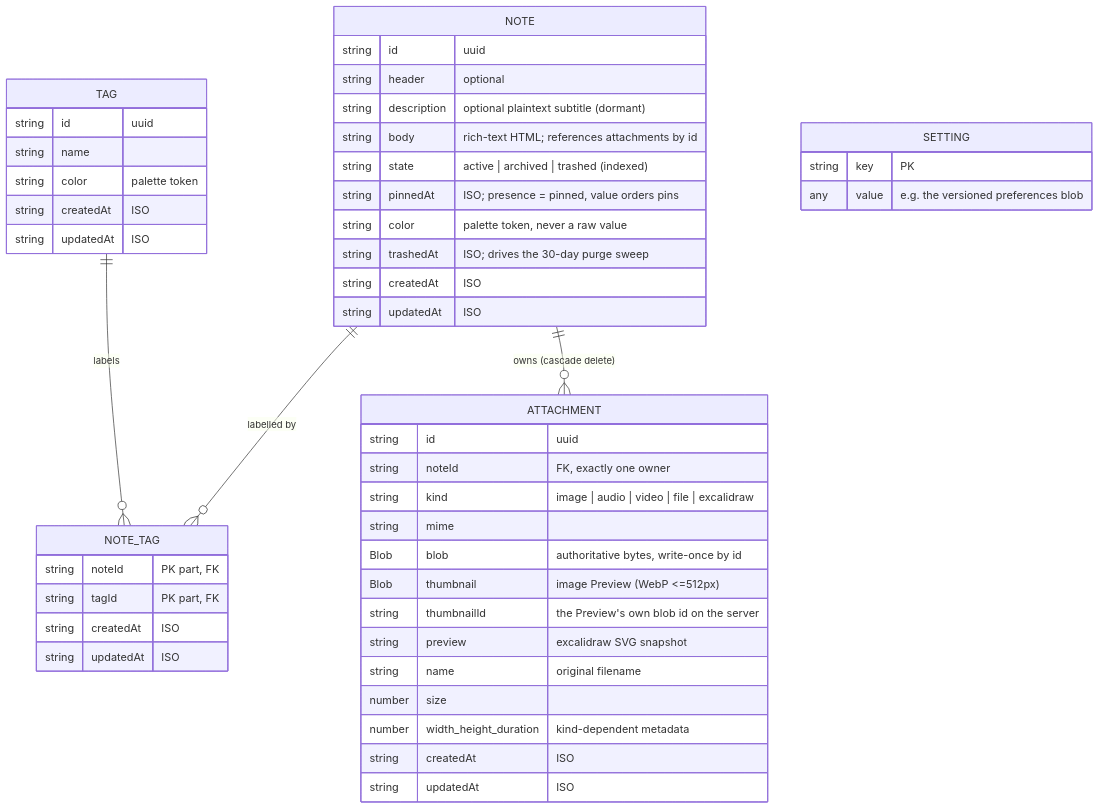
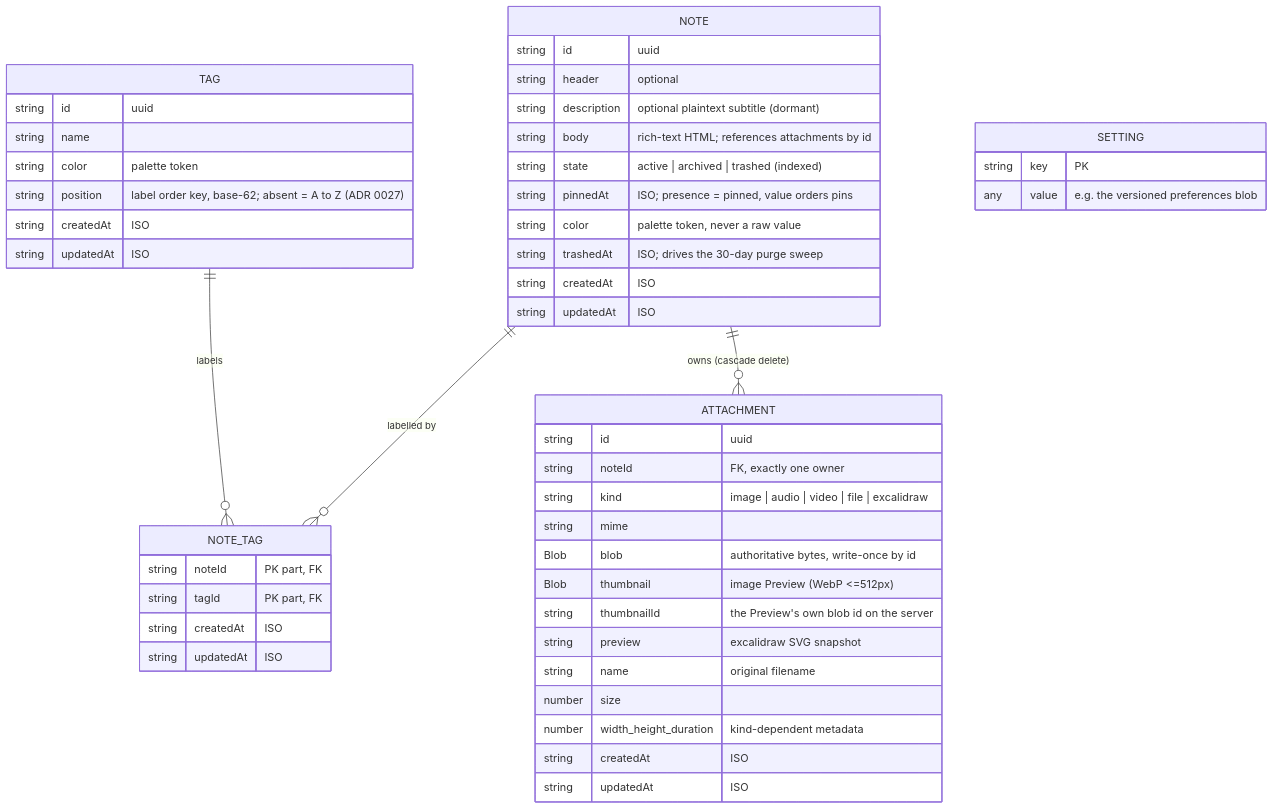
The diagram in docs/architecture/03-database.md (soukupj00/your-notes-fe), drawn with Mermaid before and after one commit. The commit also changed 8 other files, not shown here.

Commit message:
docs: label order (ADR 0027)

````diff
--- a/docs/architecture/03-database.md
+++ b/docs/architecture/03-database.md
@@ -13,50 +13,51 @@
 ```mermaid
 erDiagram
     NOTE ||--o{ NOTE_TAG : "labelled by"
     TAG ||--o{ NOTE_TAG : "labels"
     NOTE ||--o{ ATTACHMENT : "owns (cascade delete)"
     NOTE {
         string id "uuid"
         string header "optional"
         string description "optional plaintext subtitle (dormant)"
         string body "rich-text HTML; references attachments by id"
         string state "active | archived | trashed (indexed)"
         string pinnedAt "ISO; presence = pinned, value orders pins"
         string color "palette token, never a raw value"
         string trashedAt "ISO; drives the 30-day purge sweep"
         string createdAt "ISO"
         string updatedAt "ISO"
     }
     TAG {
         string id "uuid"
         string name
         string color "palette token"
+        string position "label order key, base-62; absent = A to Z (ADR 0027)"
         string createdAt "ISO"
         string updatedAt "ISO"
     }
     NOTE_TAG {
         string noteId "PK part, FK"
         string tagId "PK part, FK"
         string createdAt "ISO"
         string updatedAt "ISO"
     }
     ATTACHMENT {
         string id "uuid"
         string noteId "FK, exactly one owner"
         string kind "image | audio | video | file | excalidraw"
         string mime
         Blob blob "authoritative bytes, write-once by id"
         Blob thumbnail "image Preview (WebP <=512px)"
         string thumbnailId "the Preview's own blob id on the server"
         string preview "excalidraw SVG snapshot"
         string name "original filename"
         number size
         number width_height_duration "kind-dependent metadata"
         string createdAt "ISO"
         string updatedAt "ISO"
     }
     SETTING {
         string key "PK"
         any value "e.g. the versioned preferences blob"
     }
 ```
````
